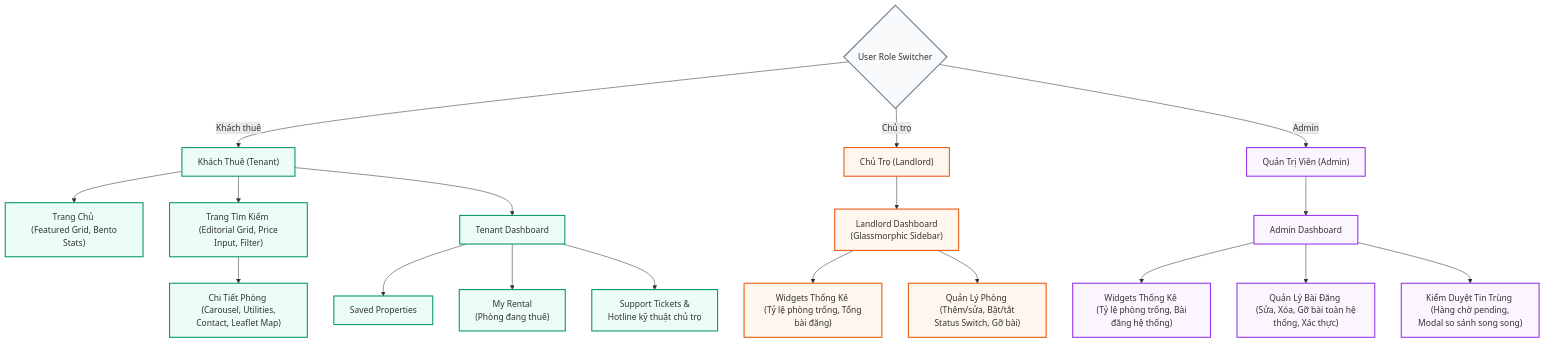
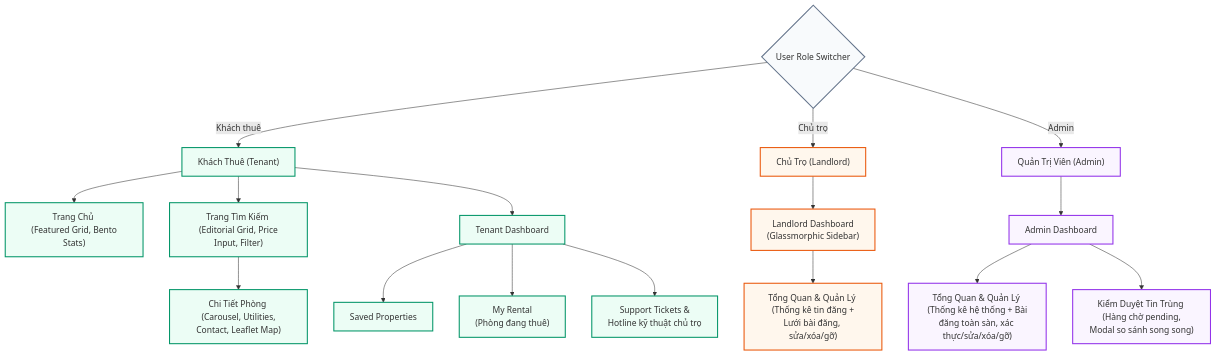
The second of 3 diagrams in project_architecture.md (Spotlighterr/TNCB), drawn with Mermaid before and after one commit. The commit also changed 3 other files, not shown here.

Commit message:
feat: merge overview and room management tabs and update stats cards

````diff
--- a/project_architecture.md
+++ b/project_architecture.md
@@ -62,56 +62,52 @@
 ```mermaid
 graph TD
     %% Styling
     classDef tenant fill:#ecfdf5,stroke:#059669,stroke-width:2px;
     classDef landlord fill:#fff7ed,stroke:#ea580c,stroke-width:2px;
     classDef admin fill:#faf5ff,stroke:#9333ea,stroke-width:2px;
     classDef shared fill:#f8fafc,stroke:#64748b,stroke-width:2px;
 
     %% Nodes
     RoleSelector{"User Role Switcher"}:::shared
     
     %% Tenant Flow
     Tenant["Khách Thuê (Tenant)"]:::tenant
     Home["Trang Chủ <br> (Featured Grid, Bento Stats)"]:::tenant
     Search["Trang Tìm Kiếm <br> (Editorial Grid, Price Input, Filter)"]:::tenant
     Detail["Chi Tiết Phòng <br> (Carousel, Utilities, Contact, Leaflet Map)"]:::tenant
     TDash["Tenant Dashboard"]:::tenant
     Saved["Saved Properties"]:::tenant
     MyRental["My Rental <br> (Phòng đang thuê)"]:::tenant
     Support["Support Tickets & <br> Hotline kỹ thuật chủ trọ"]:::tenant
 
     %% Landlord Flow
     Landlord["Chủ Trọ (Landlord)"]:::landlord
     LDash["Landlord Dashboard <br> (Glassmorphic Sidebar)"]:::landlord
-    Overview["Widgets Thống Kê <br> (Tỷ lệ phòng trống, Tổng bài đăng)"]:::landlord
-    RoomMgmt["Quản Lý Phòng <br> (Thêm/sửa, Bật/tắt Status Switch, Gỡ bài)"]:::landlord
+    OverviewMgmt["Tổng Quan & Quản Lý <br> (Thống kê tin đăng + Lưới bài đăng, sửa/xóa/gỡ)"]:::landlord
 
     %% Admin Flow
     Admin["Quản Trị Viên (Admin)"]:::admin
     ADash["Admin Dashboard"]:::admin
-    AOverview["Widgets Thống Kê <br> (Tỷ lệ phòng trống, Bài đăng hệ thống)"]:::admin
-    ARoomMgmt["Quản Lý Bài Đăng <br> (Sửa, Xóa, Gỡ bài toàn hệ thống, Xác thực)"]:::admin
+    AOverviewMgmt["Tổng Quan & Quản Lý <br> (Thống kê hệ thống + Bài đăng toàn sàn, xác thực/sửa/xóa/gỡ)"]:::admin
     AReview["Kiểm Duyệt Tin Trùng <br> (Hàng chờ pending, Modal so sánh song song)"]:::admin
 
     %% Edges
     RoleSelector -->|Khách thuê| Tenant
     RoleSelector -->|Chủ trọ| Landlord
     RoleSelector -->|Admin| Admin
 
     Tenant --> Home
     Tenant --> Search
     Search --> Detail
     Tenant --> TDash
     TDash --> Saved
     TDash --> MyRental
     TDash --> Support
 
     Landlord --> LDash
-    LDash --> Overview
-    LDash --> RoomMgmt
+    LDash --> OverviewMgmt
 
     Admin --> ADash
-    ADash --> AOverview
-    ADash --> ARoomMgmt
+    ADash --> AOverviewMgmt
     ADash --> AReview
 ```
````
